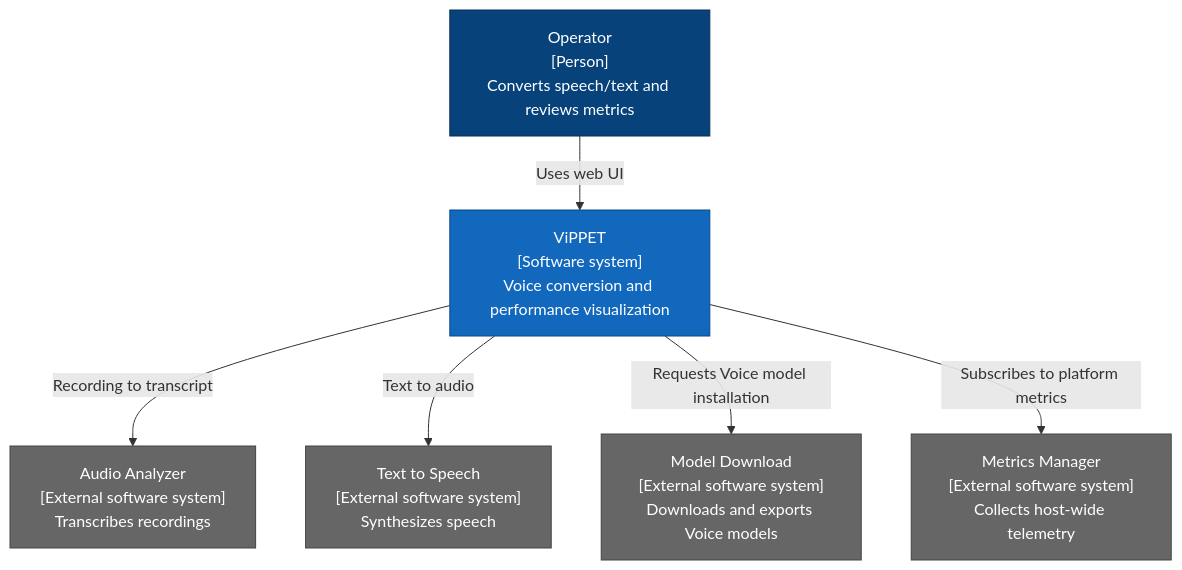
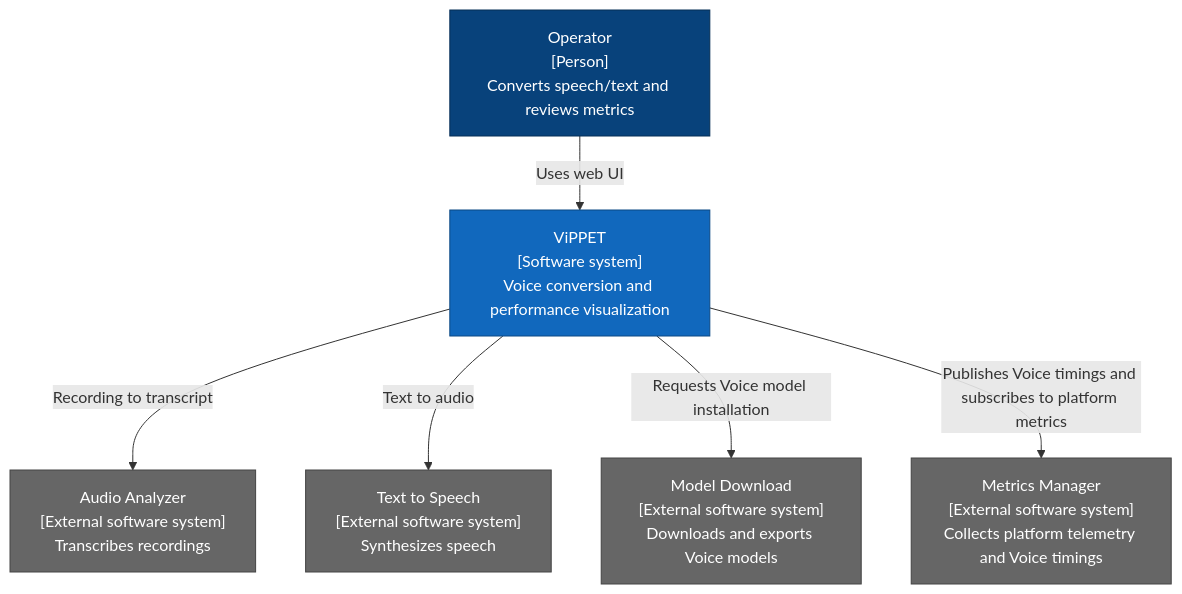
One commit to open-edge-platform/edge-ai-libraries changed the first of 9 diagrams in tools/visual-pipeline-and-platform-evaluation-tool/docs/user-guide/developer-guide/voice-architecture.md. Above: the diagram before and after it, drawn with Mermaid. The commit also changed other lines of this file and 5 other files, not shown here.

````diff
--- a/tools/visual-pipeline-and-platform-evaluation-tool/docs/user-guide/developer-guide/voice-architecture.md
+++ b/tools/visual-pipeline-and-platform-evaluation-tool/docs/user-guide/developer-guide/voice-architecture.md
@@ -33,17 +33,17 @@
 ```mermaid
 flowchart TB
   operator["Operator<br/>[Person]<br/>Converts speech/text and reviews metrics"]:::person
   vippet["ViPPET<br/>[Software system]<br/>Voice conversion and performance visualization"]:::internal
   asr["Audio Analyzer<br/>[External software system]<br/>Transcribes recordings"]:::external
   tts["Text to Speech<br/>[External software system]<br/>Synthesizes speech"]:::external
   models["Model Download<br/>[External software system]<br/>Downloads and exports Voice models"]:::external
-  telemetry["Metrics Manager<br/>[External software system]<br/>Collects host-wide telemetry"]:::external
+  telemetry["Metrics Manager<br/>[External software system]<br/>Collects platform telemetry and Voice timings"]:::external
   operator -->|Uses web UI| vippet
   vippet -->|Recording to transcript| asr
   vippet -->|Text to audio| tts
   vippet -->|Requests Voice model installation| models
-  vippet -->|Subscribes to platform metrics| telemetry
+  vippet -->|Publishes Voice timings and subscribes to platform metrics| telemetry
   classDef person fill:#08427b,color:#fff,stroke:#052e56
   classDef internal fill:#1168bd,color:#fff,stroke:#0b4884
   classDef external fill:#666,color:#fff,stroke:#444
 ```
````
